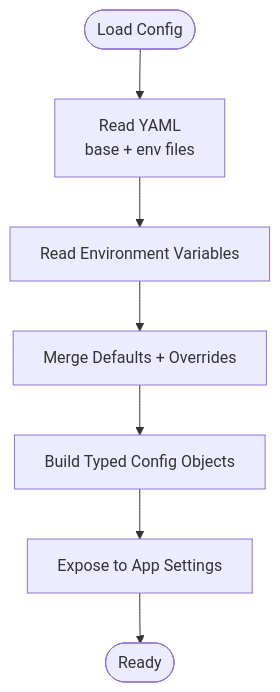
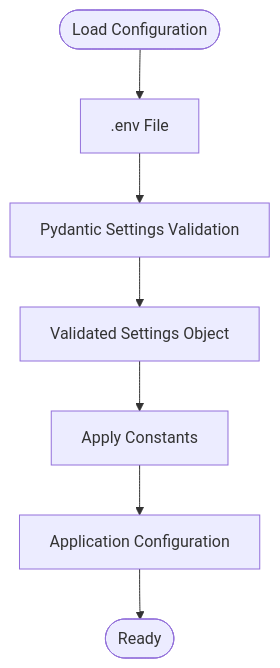
The third of 4 diagrams in .qoder/repowiki/en/content/Deployment and Operations.md (gemrajkhatry-maker/v5-of-glassytrade-ai), drawn with Mermaid before and after one commit. The commit also changed other lines of this file and 930 other files, not shown here.

````diff
--- a/.qoder/repowiki/en/content/Deployment and Operations.md
+++ b/.qoder/repowiki/en/content/Deployment and Operations.md
@@ -168,9 +224,9 @@
 ```mermaid
 flowchart TD
-Start(["Load Config"]) --> YAML["Read YAML<br/>base + env files"]
-YAML --> EnvVars["Read Environment Variables"]
-EnvVars --> Merge["Merge Defaults + Overrides"]
-Merge --> Typed["Build Typed Config Objects"]
-Typed --> Expose["Expose to App Settings"]
-Expose --> Ready(["Ready"])
+Start(["Load Configuration"]) --> ENV[".env File"]
+ENV --> PYDANTIC["Pydantic Settings Validation"]
+PYDANTIC --> VALIDATED["Validated Settings Object"]
+VALIDATED --> CONSTANTS["Apply Constants"]
+CONSTANTS --> APP["Application Configuration"]
+APP --> Ready(["Ready"])
 ```
````
